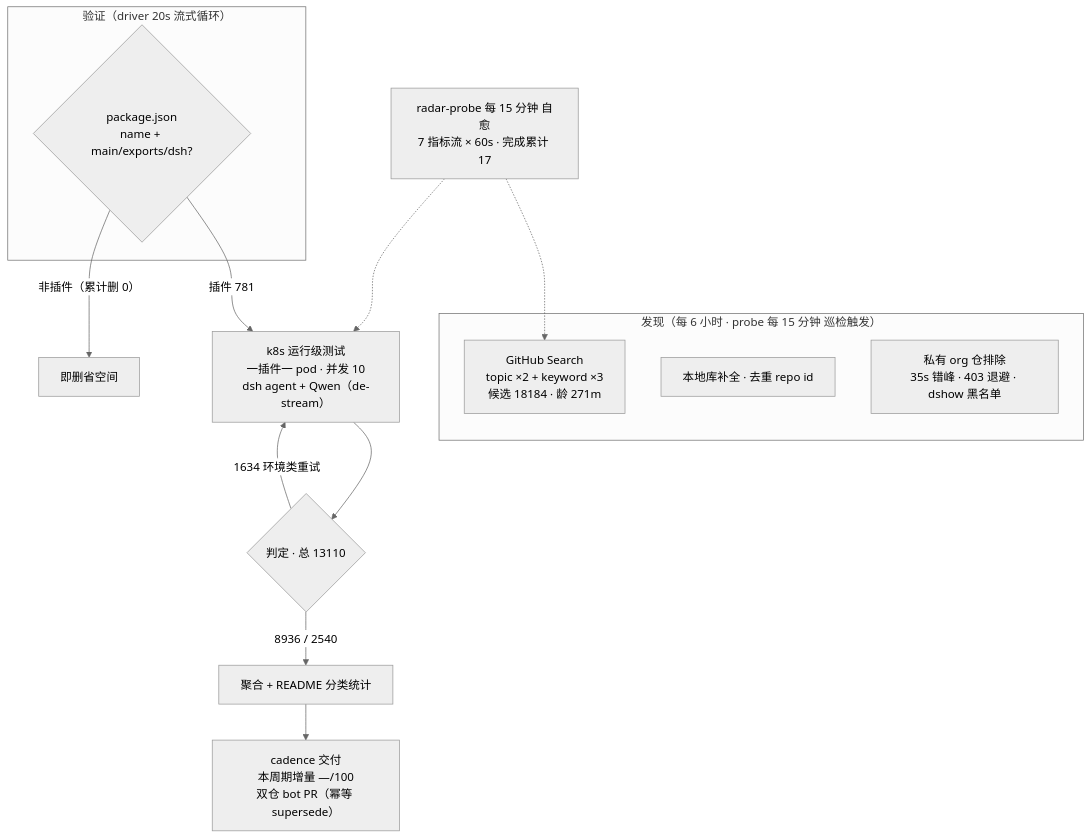
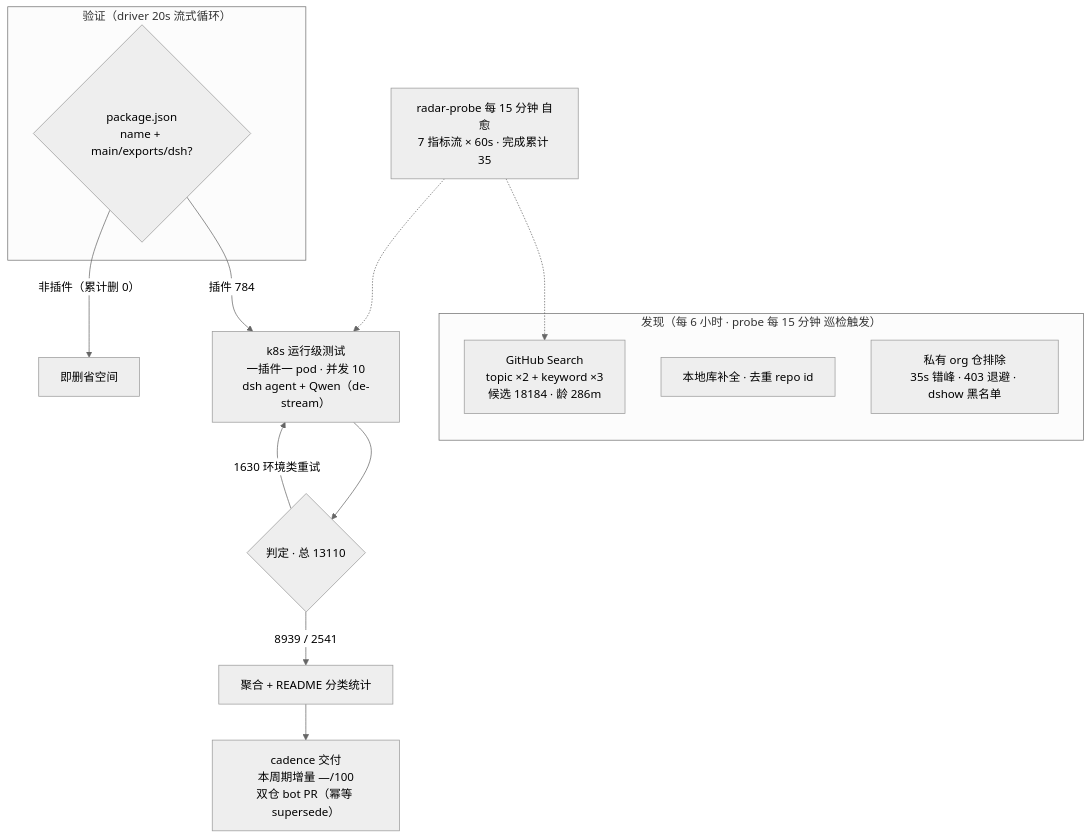
Before and after one commit to AdamPlatin123/awesome-dsh-plugins: the diagram in README.md, drawn with Mermaid (neutral theme). The commit also changed other lines of this file and 5 other files, not shown here.

````diff
--- a/README.md
+++ b/README.md
@@ -52,20 +52,20 @@
 ```mermaid
 flowchart TB
     subgraph Discovery["发现（每 6 小时 · probe 每 15 分钟 巡检触发）"]
-        A1["GitHub Search<br/>topic ×2 + keyword ×3<br/>候选 18184 · 龄 271m"]
+        A1["GitHub Search<br/>topic ×2 + keyword ×3<br/>候选 18184 · 龄 286m"]
         A2["本地库补全 · 去重 repo id"]
         A3["私有 org 仓排除<br/>35s 错峰 · 403 退避 · dshow 黑名单"]
     end
     subgraph Validation["验证（driver 20s 流式循环）"]
         B1{"package.json<br/>name + main/exports/dsh?"}
     end
-    B1 -->|"插件 781"| C1["k8s 运行级测试<br/>一插件一 pod · 并发 10<br/>dsh agent + Qwen（de-stream）"]
+    B1 -->|"插件 784"| C1["k8s 运行级测试<br/>一插件一 pod · 并发 10<br/>dsh agent + Qwen（de-stream）"]
     B1 -->|"非插件（累计删 0）"| B3["即删省空间"]
     C1 --> D1{"判定 · 总 13110"}
-    D1 -->|"8936 / 2540"| E1["聚合 + README 分类统计"]
-    D1 -->|"1634 环境类重试"| C1
+    D1 -->|"8939 / 2541"| E1["聚合 + README 分类统计"]
+    D1 -->|"1630 环境类重试"| C1
     E1 --> E2["cadence 交付<br/>本周期增量 —/100<br/>双仓 bot PR（幂等 supersede）"]
-    M["radar-probe 每 15 分钟 自愈<br/>7 指标流 × 60s · 完成累计 17"]
+    M["radar-probe 每 15 分钟 自愈<br/>7 指标流 × 60s · 完成累计 35"]
     M -.-> A1
     M -.-> C1
 ```
````
